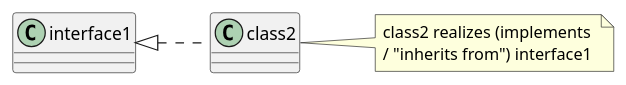
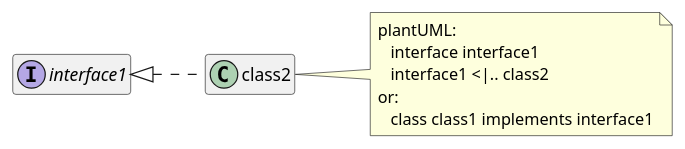
One commit to chraxo/UmlMarkdownCheatSheet changed the eighth of 21 diagrams in uml_markdown_summary.md. Above: the diagram before and after it, drawn with PlantUML. The commit also changed other lines of this file, not shown here.

Commit message:
class diagram: more compact design

```diff
--- a/uml_markdown_summary.md
+++ b/uml_markdown_summary.md
@@ -215,8 +215,16 @@
 @startuml
-left to right direction
-interface1 <|.. class2
-note right 
-    class2 realizes (implements 
-    / "inherits from") interface1
-end note
+    left to right direction
+    skinparam noteFontName Consolas
+    hide empty members
+
+    interface interface1
+    interface1 <|.. class2
+
+    note right 
+        plantUML:
+           interface interface1
+           interface1 <|.. class2
+        or:
+           class class1 implements interface1
+    end note
 @enduml
```
